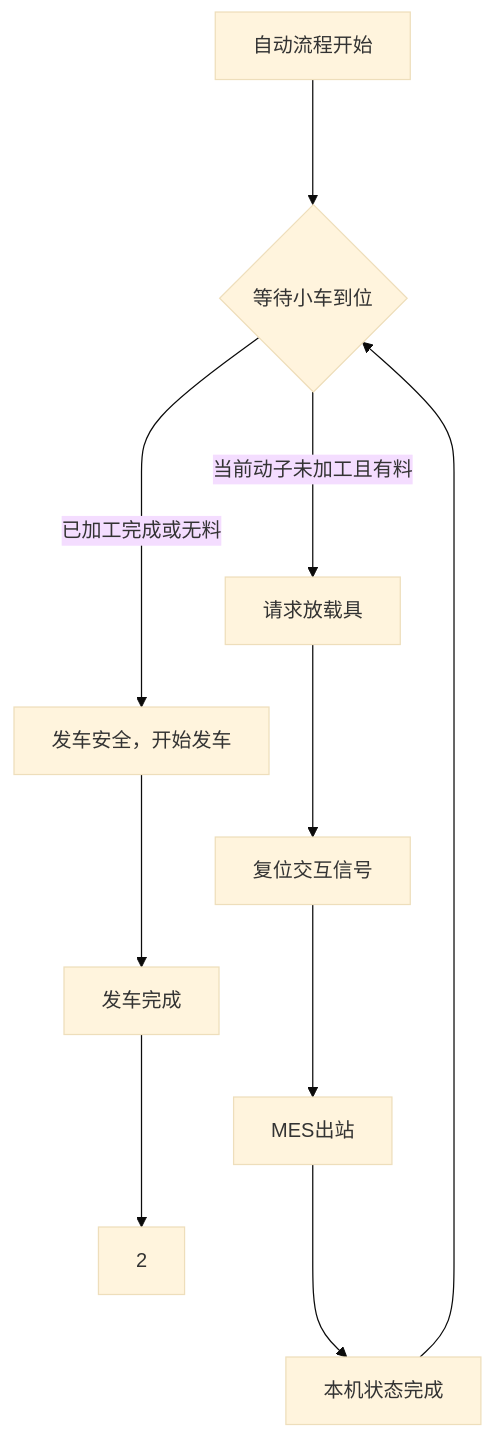
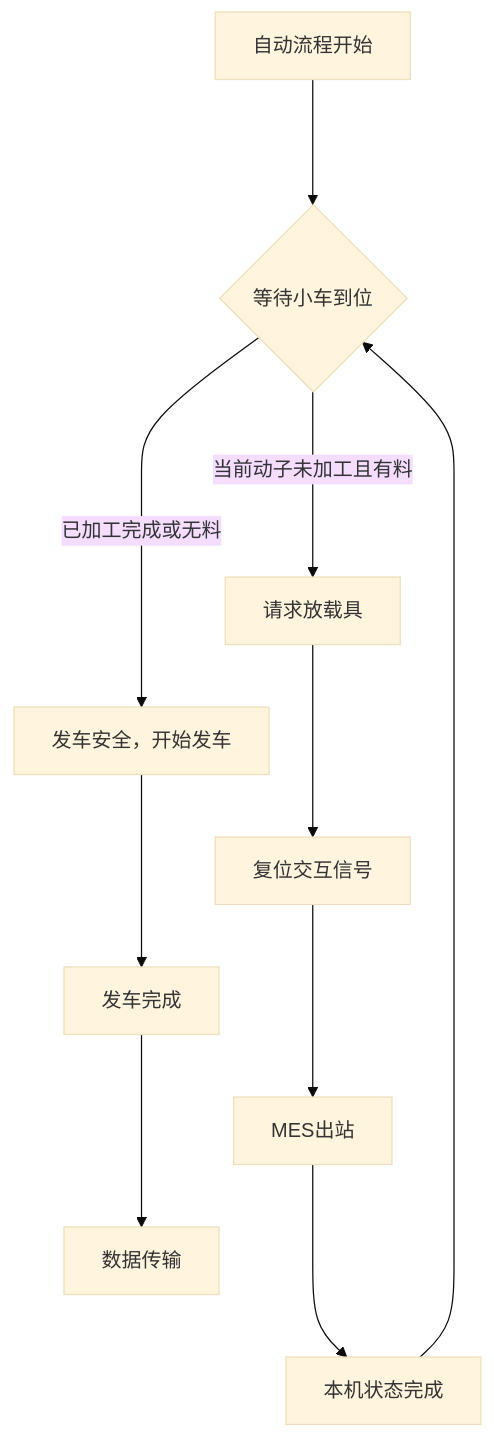
Before and after one commit to zmq000/iodraw-files: the diagram in all/OP70工位9磁悬浮交互工位.md, drawn with Mermaid (base theme).

Commit message:
2026-06-17 18:54:47 update

````diff
--- a/all/OP70工位9磁悬浮交互工位.md
+++ b/all/OP70工位9磁悬浮交互工位.md
@@ -1,13 +1,14 @@
 ```mermaid
 graph TD
 自动流程开始--->10
 10{等待小车到位}--->|当前动子未加工且有料|100
 10---->|已加工完成或无料|200
 100[请求放载具]--->110
 110[复位交互信号]--->120
 120[MES出站]--->130
 130[本机状态完成]--->10
 200[发车安全，开始发车]--->210
-210[发车完成]--->2
+210[发车完成]--->220
+220[数据传输]
   
 ```
````
